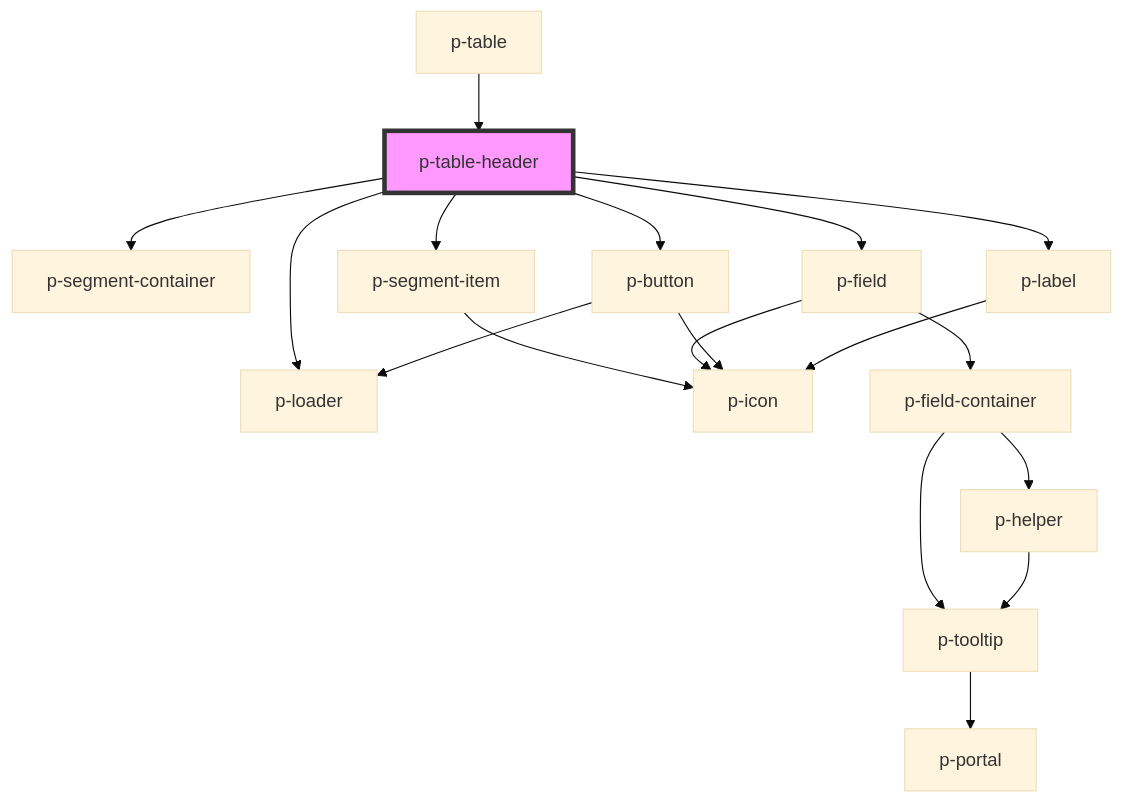
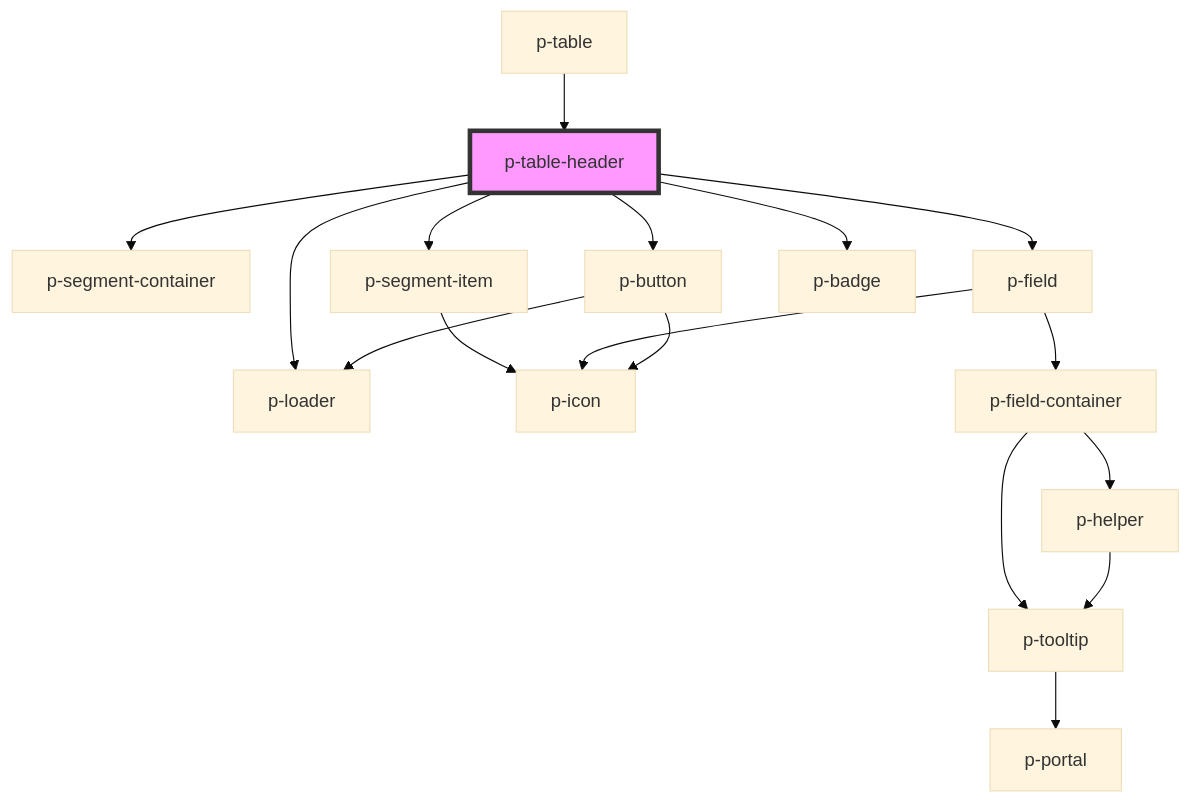
One commit to Employes/Paperless changed the diagram in packages/core/src/components/molecules/table-header/readme.md. Above: the diagram before and after it, drawn with Mermaid (base theme). The commit also changed other lines of this file and 15 other files, not shown here.

````diff
--- a/packages/core/src/components/molecules/table-header/readme.md
+++ b/packages/core/src/components/molecules/table-header/readme.md
@@ -56,21 +56,20 @@
 ```mermaid
 graph TD;
   p-table-header --> p-loader
   p-table-header --> p-segment-container
   p-table-header --> p-segment-item
   p-table-header --> p-field
   p-table-header --> p-button
-  p-table-header --> p-label
+  p-table-header --> p-badge
   p-segment-item --> p-icon
   p-field --> p-field-container
   p-field --> p-icon
   p-field-container --> p-helper
   p-field-container --> p-tooltip
   p-helper --> p-tooltip
   p-tooltip --> p-portal
   p-button --> p-icon
   p-button --> p-loader
-  p-label --> p-icon
   p-table --> p-table-header
   style p-table-header fill:#f9f,stroke:#333,stroke-width:4px
 ```
````
